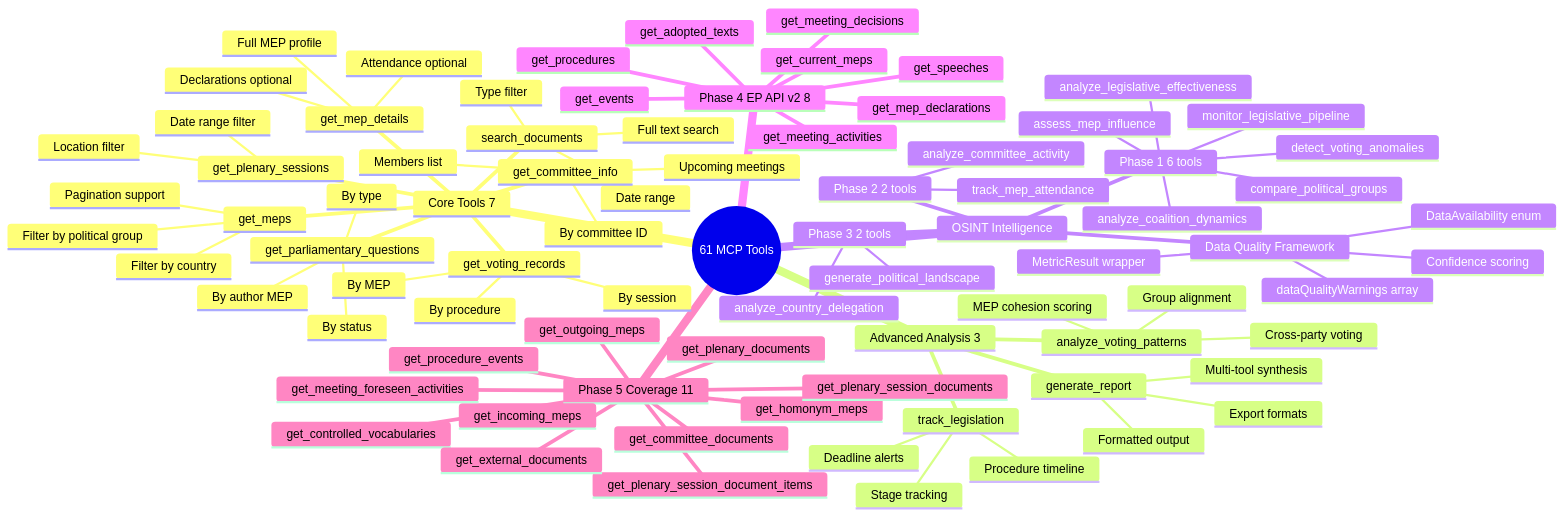
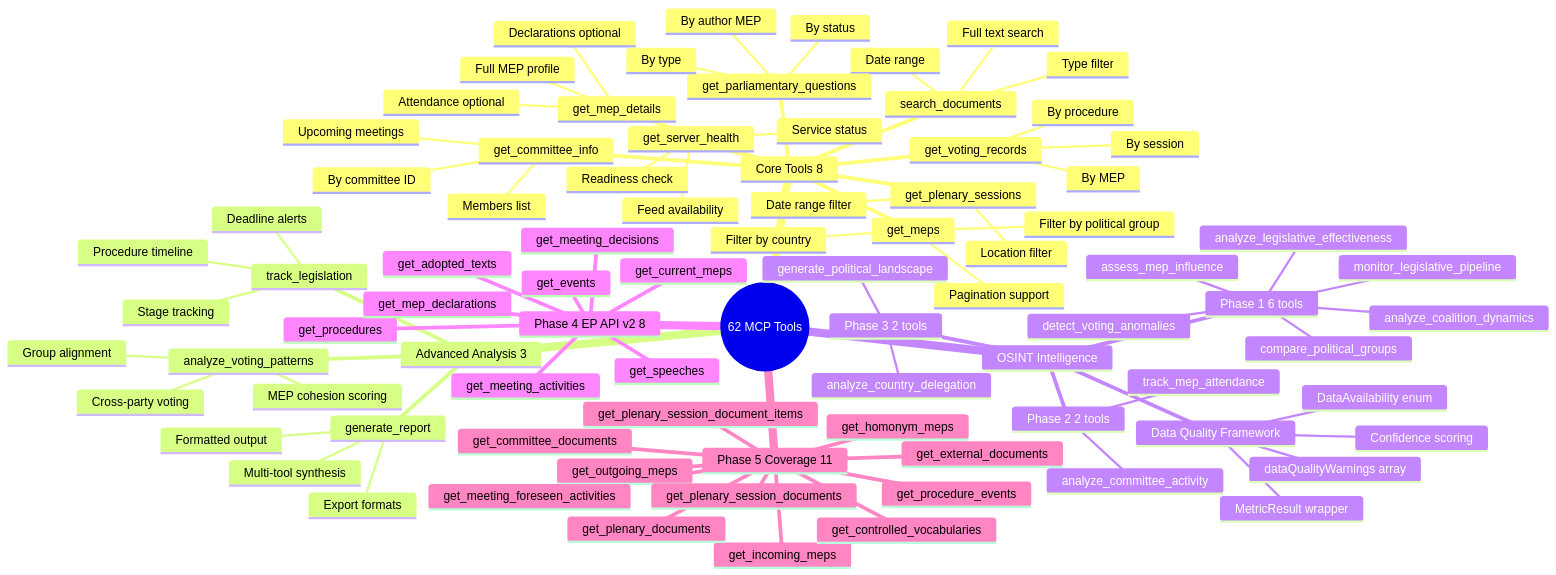
Before and after one commit to Hack23/European-Parliament-MCP-Server: the third of 5 diagrams in api-markdown/_media/MINDMAP.md, drawn with Mermaid. The commit also changed 1848 other files, not shown here.

````diff
--- a/api-markdown/_media/MINDMAP.md
+++ b/api-markdown/_media/MINDMAP.md
@@ -229,7 +229,7 @@
 ```mermaid
 mindmap
-  root((61 MCP Tools))
-    Core Tools 7
+  root((62 MCP Tools))
+    Core Tools 8
       get_meps
         Filter by country
         Filter by political group
@@ -257,6 +257,10 @@
         By author MEP
         By type
         By status
+      get_server_health
+        Service status
+        Feed availability
+        Readiness check
     Advanced Analysis 3
       analyze_voting_patterns
         MEP cohesion scoring
````
